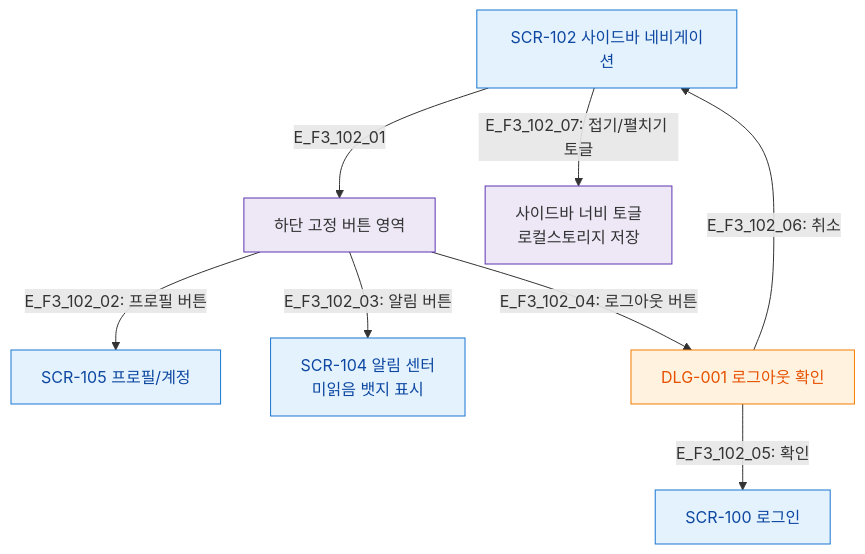
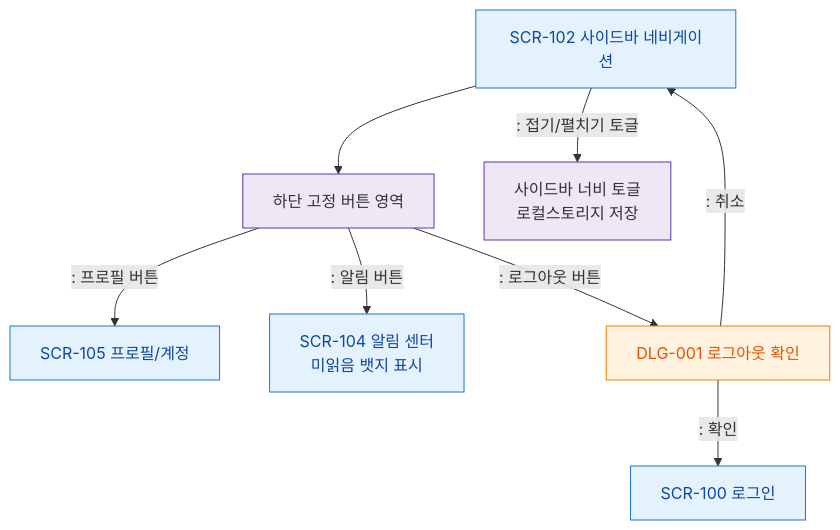
Before and after one commit to dev-spogym/admin-pando: the diagram in docs/다이어그램/D01_공통/SCR-102_사이드바_네비게이션/F3_버튼액션.md, drawn with Mermaid. The commit also changed other lines of this file and 1660 other files, not shown here.

First line of the commit message:
다이어그램: 기획자/클라이언트 납품본으로 정리

````diff
--- a/docs/다이어그램/D01_공통/SCR-102_사이드바_네비게이션/F3_버튼액션.md
+++ b/docs/다이어그램/D01_공통/SCR-102_사이드바_네비게이션/F3_버튼액션.md
@@ -19,20 +17,20 @@
 ```mermaid
 flowchart TD
-    SCR_102[SCR-102 사이드바 네비게이션] -->|E_F3_102_01| BOTTOM_ACTIONS[하단 고정 버튼 영역]
+    SCR_102[SCR-102 사이드바 네비게이션] --> BOTTOM_ACTIONS[하단 고정 버튼 영역]
 
-    BOTTOM_ACTIONS -->|"E_F3_102_02: 프로필 버튼"| NAV_PROFILE[SCR-105 프로필/계정]
-    BOTTOM_ACTIONS -->|"E_F3_102_03: 알림 버튼"| NOTIF_BADGE[SCR-104 알림 센터\n미읽음 뱃지 표시]
-    BOTTOM_ACTIONS -->|"E_F3_102_04: 로그아웃 버튼"| DLG_LOGOUT[DLG-001 로그아웃 확인]
+    BOTTOM_ACTIONS -->|": 프로필 버튼"|NAV_PROFILE[SCR-105 프로필/계정]
+    BOTTOM_ACTIONS -->|": 알림 버튼"|NOTIF_BADGE[SCR-104 알림 센터\n미읽음 뱃지 표시]
+    BOTTOM_ACTIONS -->|": 로그아웃 버튼"|DLG_LOGOUT[DLG-001 로그아웃 확인]
 
-    DLG_LOGOUT -->|"E_F3_102_05: 확인"| SCR_100[SCR-100 로그인]
-    DLG_LOGOUT -->|"E_F3_102_06: 취소"| SCR_102
+    DLG_LOGOUT -->|": 확인"|SCR_100[SCR-100 로그인]
+    DLG_LOGOUT -->|": 취소"|SCR_102
 
-    SCR_102 -->|"E_F3_102_07: 접기/펼치기 토글"| TOGGLE[사이드바 너비 토글\n로컬스토리지 저장]
+    SCR_102 -->|": 접기/펼치기 토글"|TOGGLE[사이드바 너비 토글\n로컬스토리지 저장]
 
-    classDef screen  fill:#E3F2FD,stroke:#1976D2,color:#0D47A1
-    classDef modal   fill:#FFF3E0,stroke:#F57C00,color:#E65100
-    classDef system  fill:#EDE7F6,stroke:#5E35B2
+    classDef screen fill:#E3F2FD,stroke:#1976D2,color:#0D47A1
+    classDef modal fill:#FFF3E0,stroke:#F57C00,color:#E65100
+    classDef system fill:#EDE7F6,stroke:#5E35B2
     class SCR_102,SCR_100,NAV_PROFILE,NOTIF_BADGE screen
     class DLG_LOGOUT modal
     class BOTTOM_ACTIONS,TOGGLE system
 ```
````
